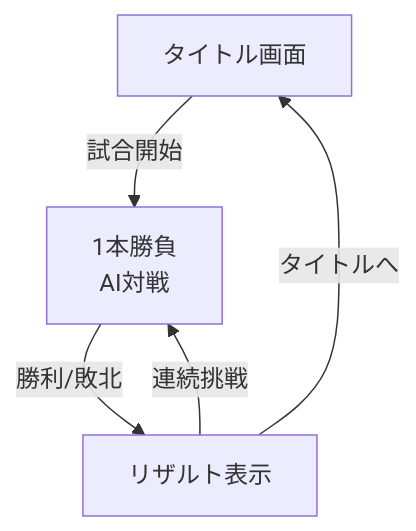
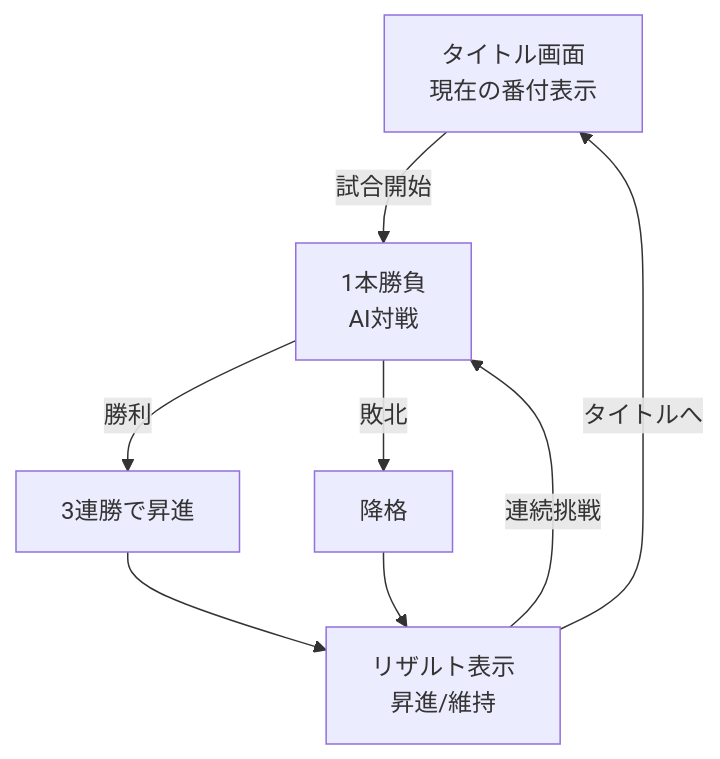
One commit to usagi917/sumo_game changed the diagram in README.md. Above: the diagram before and after it, drawn with Mermaid. The commit also changed other lines of this file and 14 other files, not shown here.

````diff
--- a/README.md
+++ b/README.md
@@ -70,7 +71,10 @@
 ```mermaid
 flowchart TD
-  T[タイトル画面] -->|試合開始| B[1本勝負<br/>AI対戦]
-  B -->|勝利/敗北| RES[リザルト表示]
+  T[タイトル画面<br/>現在の番付表示] -->|試合開始| B[1本勝負<br/>AI対戦]
+  B -->|勝利| W[3連勝で昇進]
+  B -->|敗北| L[降格]
+  W --> RES[リザルト表示<br/>昇進/維持]
+  L --> RES
   RES -->|連続挑戦| B
   RES -->|タイトルへ| T
 ```
````
